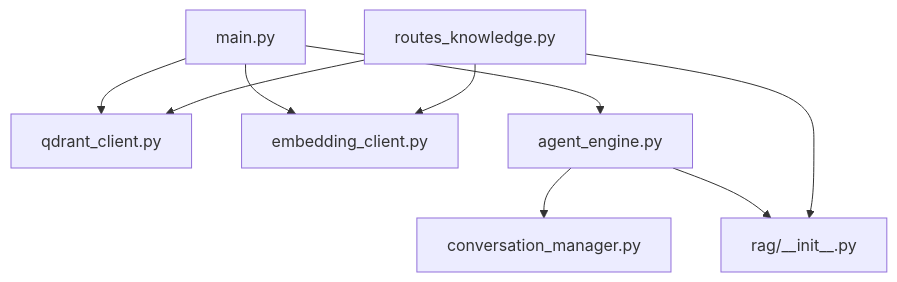
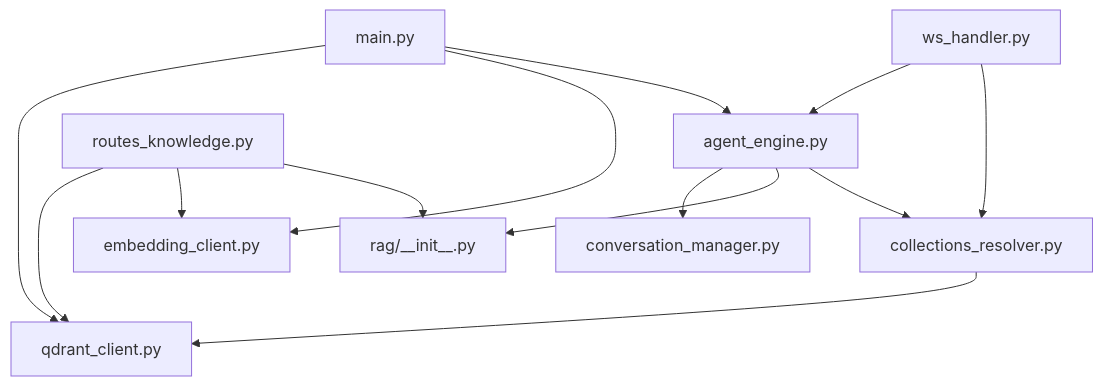
The eighth of 8 diagrams in .qoder/repowiki/zh/content/后端服务/Agent 引擎设计/RAG 检索增强.md (leo21cn/real-time-talk), drawn with Mermaid before and after one commit. The commit also changed other lines of this file and 9 other files, not shown here.

````diff
--- a/.qoder/repowiki/zh/content/后端服务/Agent 引擎设计/RAG 检索增强.md
+++ b/.qoder/repowiki/zh/content/后端服务/Agent 引擎设计/RAG 检索增强.md
@@ -299,11 +404,15 @@
 ```mermaid
 graph TB
 Main["main.py"] --> QD["qdrant_client.py"]
 Main --> EM["embedding_client.py"]
 Main --> AE["agent_engine.py"]
 AE --> CM["conversation_manager.py"]
 AE --> RG["rag/__init__.py"]
+AE --> CR["collections_resolver.py"]
+CR --> QD
 RK["routes_knowledge.py"] --> QD
 RK --> EM
 RK --> RG
+WSH["ws_handler.py"] --> AE
+WSH --> CR
 ```
````
